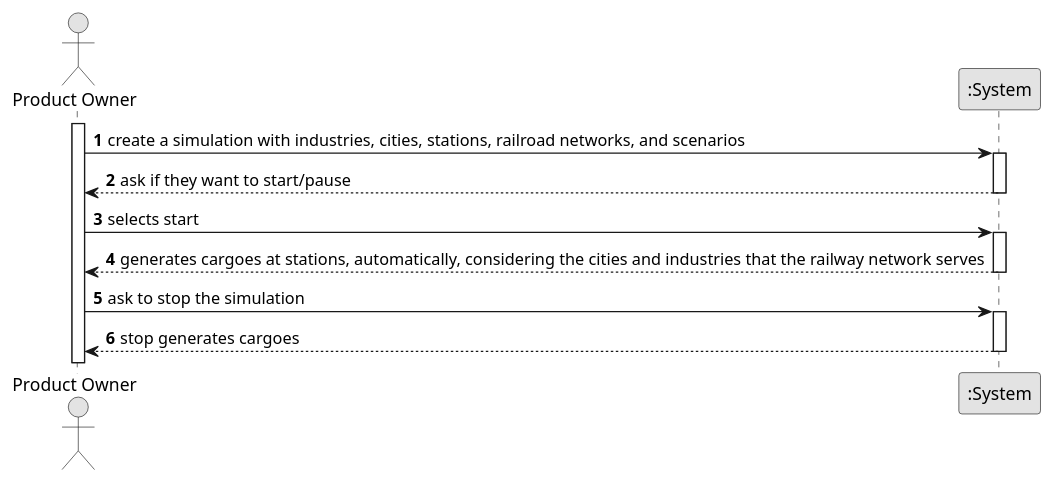
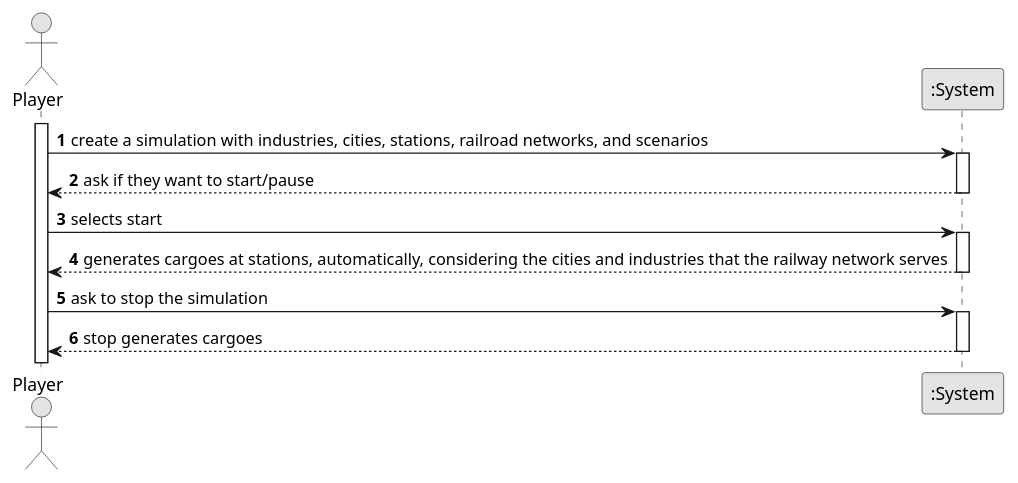
Before and after one commit to 1240826/empire-on-tracks: the diagram in docs/system-documentation/US012/01.requirements-engineering/puml/US012-SSD.puml, drawn with PlantUML.

```diff
--- a/docs/system-documentation/US012/01.requirements-engineering/puml/US012-SSD.puml
+++ b/docs/system-documentation/US012/01.requirements-engineering/puml/US012-SSD.puml
@@ -1,32 +1,32 @@
 @startuml
 skinparam monochrome true
 skinparam packageStyle rectangle
 skinparam shadowing false
 
 autonumber
 
-actor "Product Owner" as Owner
+actor "Player" as Owner
 participant ":System" as System
 
 activate Owner
 
     Owner -> System : create a simulation with industries, cities, stations, railroad networks, and scenarios
     activate System
 
         System --> Owner : ask if they want to start/pause
     deactivate System
 
     Owner -> System : selects start
     activate System
 
         System --> Owner :  generates cargoes at stations, automatically, considering the cities and industries that the railway network serves
     deactivate System
 
     Owner -> System : ask to stop the simulation
     activate System
 
         System --> Owner : stop generates cargoes
     deactivate System
 
 
 @enduml
```
